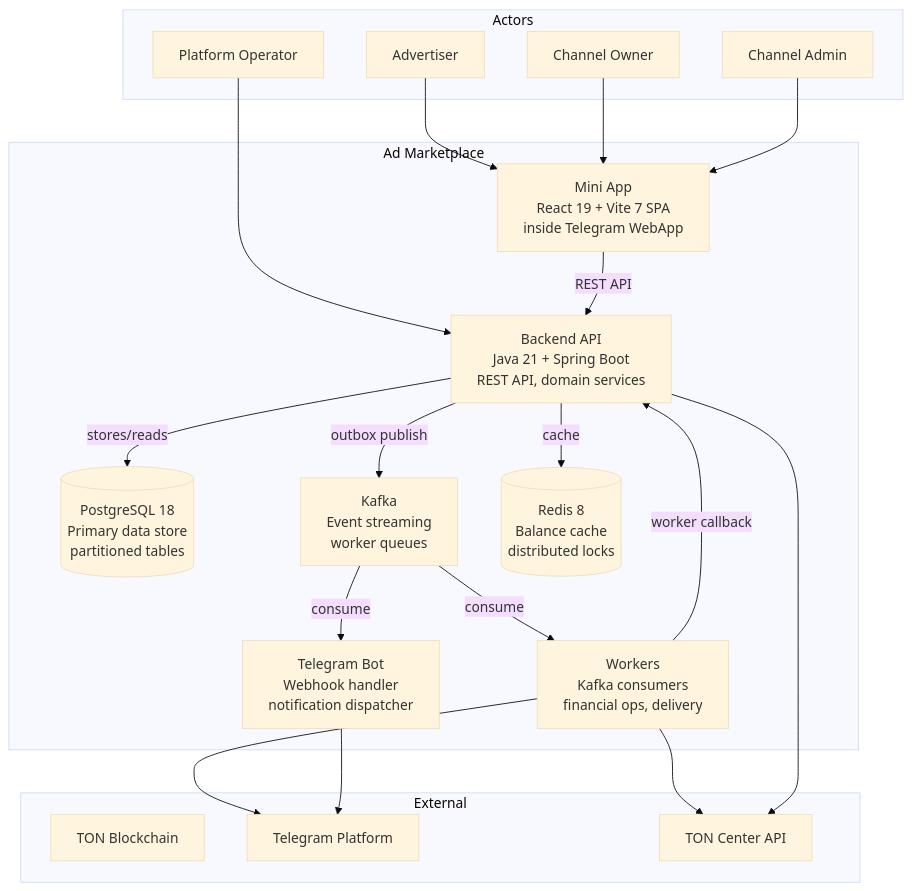
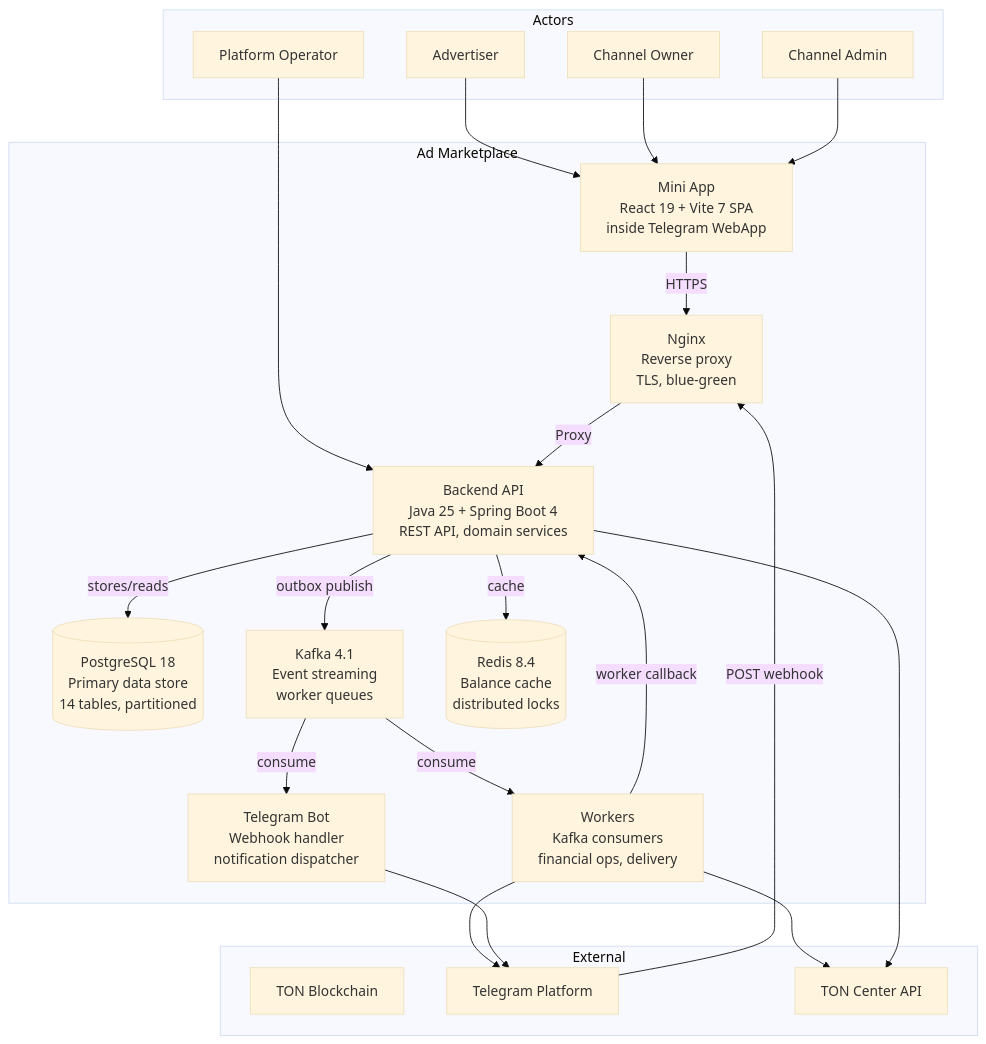
One commit to lonmstalker/advert-market changed the diagram in .memory-bank/04-architecture/02-containers.md. Above: the diagram before and after it, drawn with Mermaid (base theme). The commit also changed other lines of this file and 27 other files, not shown here.

````diff
--- a/.memory-bank/04-architecture/02-containers.md
+++ b/.memory-bank/04-architecture/02-containers.md
@@ -9,42 +9,45 @@
 ```mermaid
 flowchart TB
     subgraph Actors
         ADV[Advertiser]
         CO[Channel Owner]
         CA[Channel Admin]
         PO[Platform Operator]
     end
 
     subgraph "Ad Marketplace"
+        NGX[Nginx<br/>Reverse proxy<br/>TLS, blue-green]
         MINI[Mini App<br/>React 19 + Vite 7 SPA<br/>inside Telegram WebApp]
-        API[Backend API<br/>Java 21 + Spring Boot<br/>REST API, domain services]
+        API[Backend API<br/>Java 25 + Spring Boot 4<br/>REST API, domain services]
         BOT[Telegram Bot<br/>Webhook handler<br/>notification dispatcher]
         WORK[Workers<br/>Kafka consumers<br/>financial ops, delivery]
-        PG[(PostgreSQL 18<br/>Primary data store<br/>partitioned tables)]
-        KF[Kafka<br/>Event streaming<br/>worker queues]
-        RD[(Redis 8<br/>Balance cache<br/>distributed locks)]
+        PG[(PostgreSQL 18<br/>Primary data store<br/>14 tables, partitioned)]
+        KF[Kafka 4.1<br/>Event streaming<br/>worker queues]
+        RD[(Redis 8.4<br/>Balance cache<br/>distributed locks)]
     end
 
     subgraph External
         TON[TON Blockchain]
         TG[Telegram Platform]
         TONAPI[TON Center API]
     end
 
     ADV --> MINI
     CO --> MINI
     CA --> MINI
     PO --> API
+    TG -->|POST webhook| NGX
 
-    MINI -->|REST API| API
+    MINI -->|HTTPS| NGX
+    NGX -->|Proxy| API
     API -->|stores/reads| PG
     API -->|cache| RD
     API -->|outbox publish| KF
     KF -->|consume| WORK
     KF -->|consume| BOT
     WORK -->|worker callback| API
     WORK --> TONAPI
     WORK --> TG
     BOT --> TG
     API --> TONAPI
 ```
````
